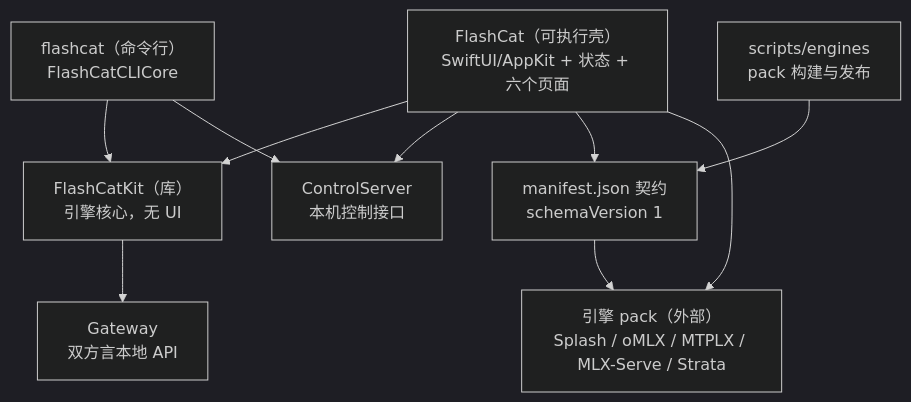
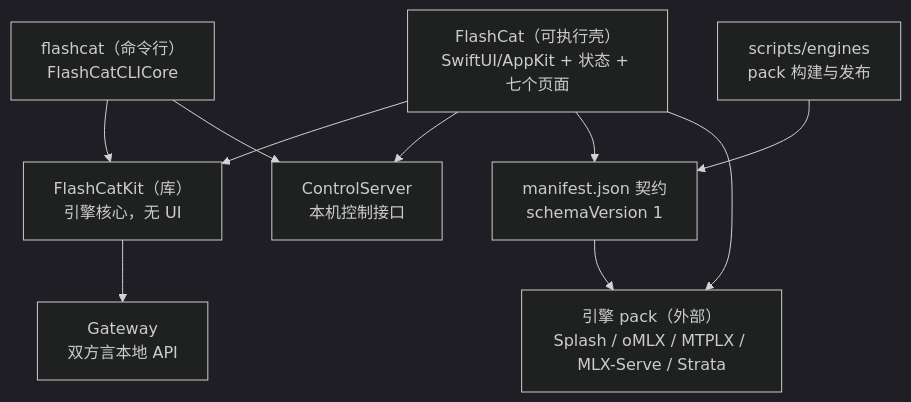
One commit to imi4u36d/flashCat changed the diagram in architecture.md. Above: the diagram before and after it, drawn with Mermaid (dark theme). The commit also changed other lines of this file and 3 other files, not shown here.

````diff
--- a/architecture.md
+++ b/architecture.md
@@ -16,21 +16,21 @@
 ```mermaid
 graph TD
-  App["FlashCat（可执行壳）<br/>SwiftUI/AppKit + 状态 + 六个页面"]
+  App["FlashCat（可执行壳）<br/>SwiftUI/AppKit + 状态 + 七个页面"]
   Kit["FlashCatKit（库）<br/>引擎核心，无 UI"]
   Control["ControlServer<br/>本机控制接口"]
   CLI["flashcat（命令行）<br/>FlashCatCLICore"]
   GW["Gateway<br/>双方言本地 API"]
   Packs["scripts/engines<br/>pack 构建与发布"]
   Contract["manifest.json 契约<br/>schemaVersion 1"]
   Engine["引擎 pack（外部）<br/>Splash / oMLX / MTPLX / MLX-Serve / Strata"]
 
   App --> Kit
   App --> Control
   Kit --> GW
   CLI --> Kit
   CLI --> Control
   App --> Contract
   Packs --> Contract
   Contract --> Engine
   App --> Engine
 ```
````
